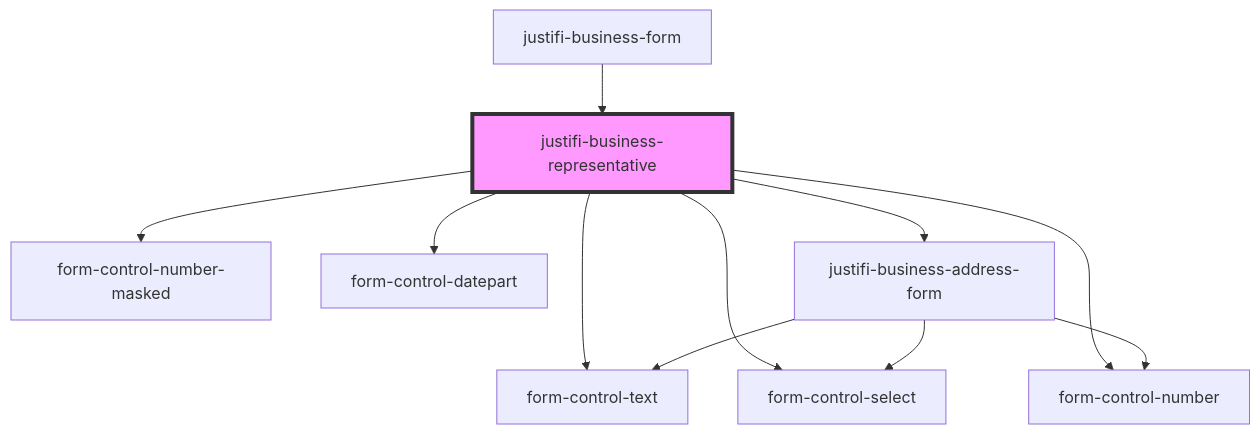
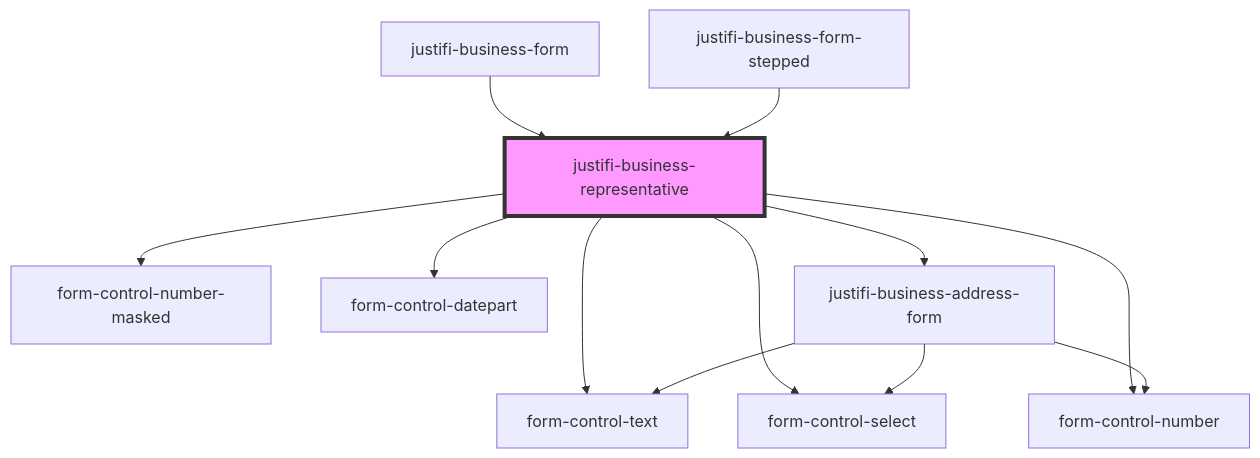
The diagram in stencil-library/src/components/business-form/business-representative/README.md (justifi-tech/web-component-library), drawn with Mermaid before and after one commit. The commit also changed other lines of this file and 8 other files, not shown here.

Commit message:
business-form-stepped progress indicator

````diff
--- a/stencil-library/src/components/business-form/business-representative/README.md
+++ b/stencil-library/src/components/business-form/business-representative/README.md
@@ -38,14 +39,15 @@
 ```mermaid
 graph TD;
   justifi-business-representative --> form-control-text
   justifi-business-representative --> form-control-select
   justifi-business-representative --> form-control-number-masked
   justifi-business-representative --> form-control-datepart
   justifi-business-representative --> form-control-number
   justifi-business-representative --> justifi-business-address-form
   justifi-business-address-form --> form-control-text
   justifi-business-address-form --> form-control-select
   justifi-business-address-form --> form-control-number
   justifi-business-form --> justifi-business-representative
+  justifi-business-form-stepped --> justifi-business-representative
   style justifi-business-representative fill:#f9f,stroke:#333,stroke-width:4px
 ```
````
